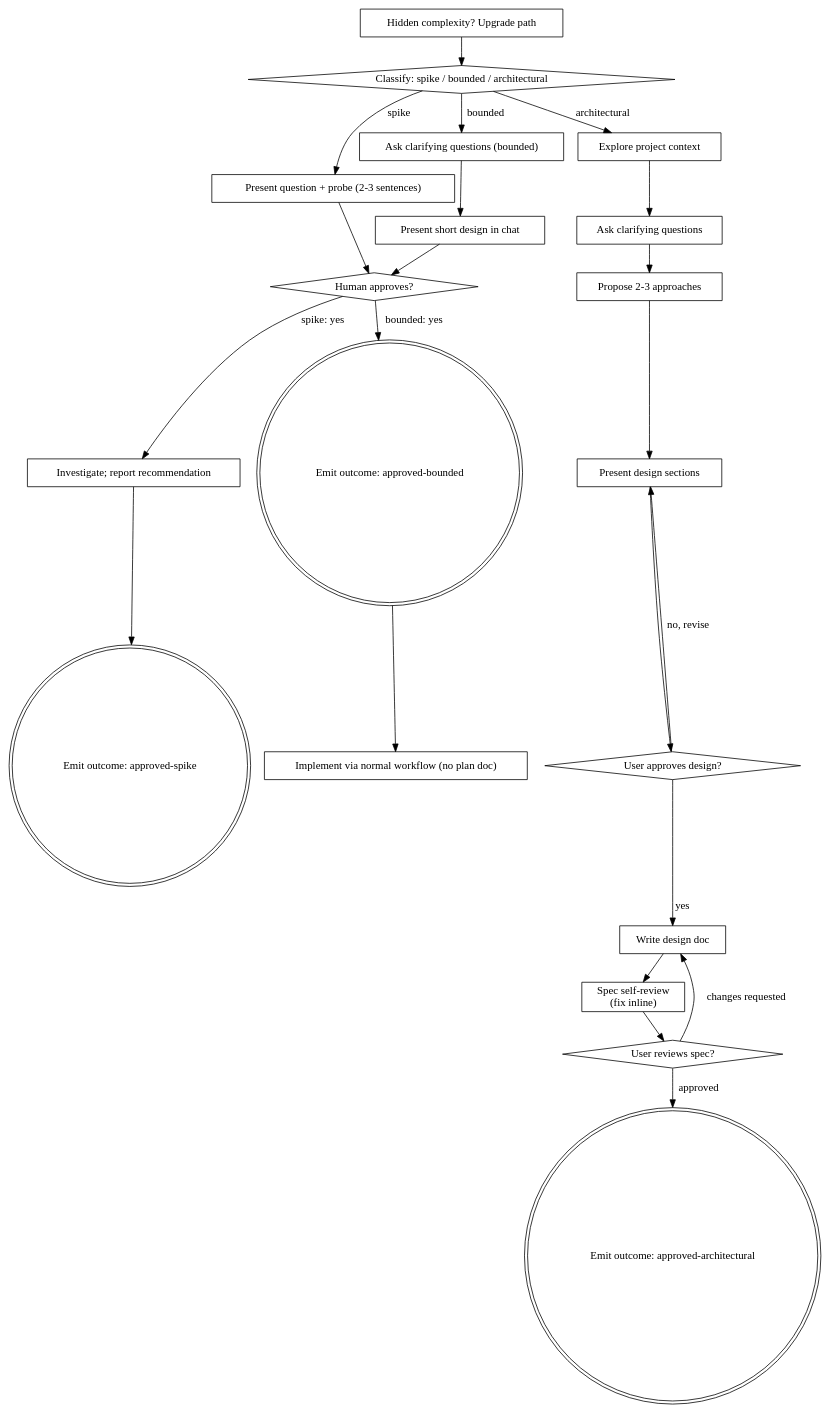
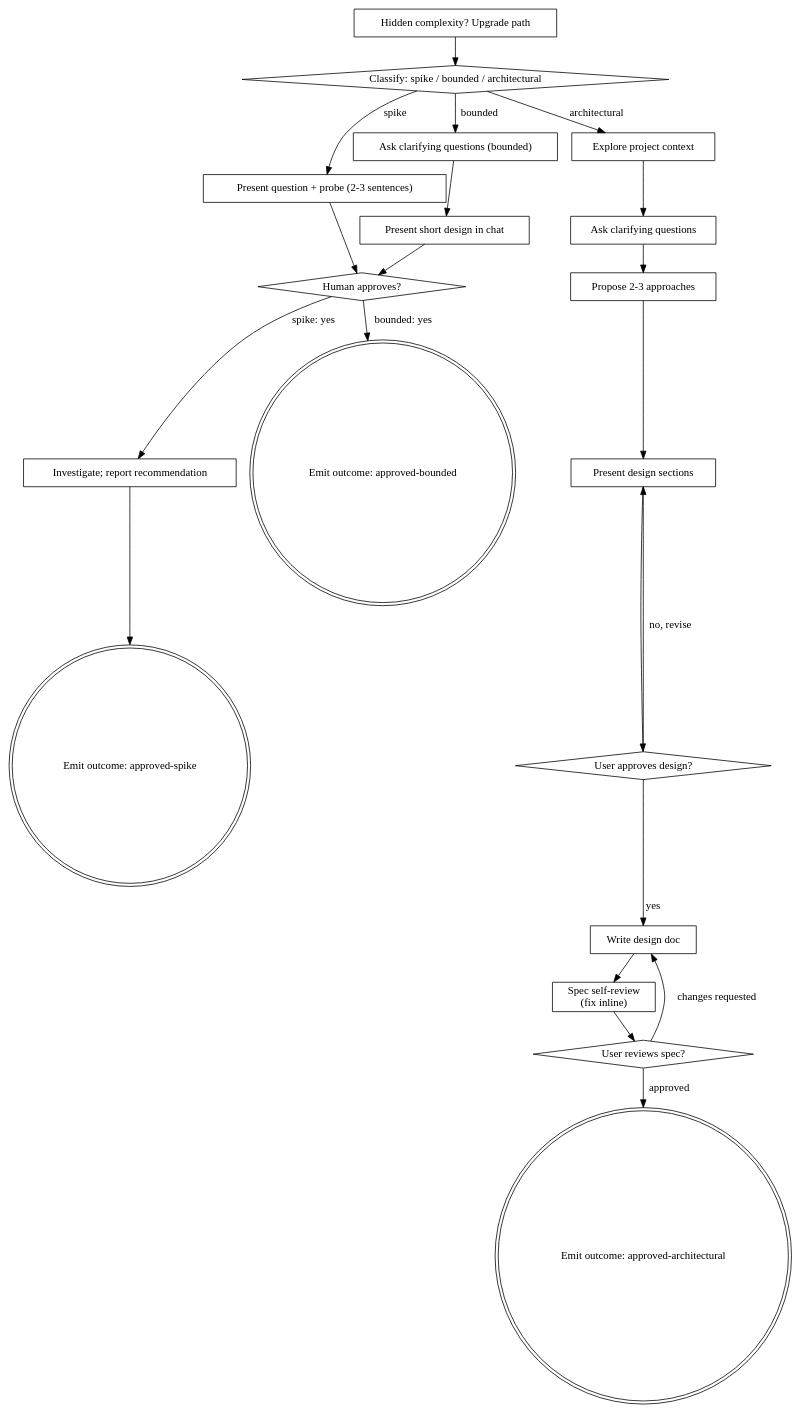
One commit to jamesthomasonjr/superpowers changed the diagram in skills/brainstorming/SKILL.md. Above: the diagram before and after it, drawn with Graphviz. The commit also changed other lines of this file, not shown here.

First line of the commit message:
fix(brainstorming): end bounded path at outcome for workflow map

````diff
--- a/skills/brainstorming/SKILL.md
+++ b/skills/brainstorming/SKILL.md
@@ -122,45 +121,43 @@
 ```dot
 digraph brainstorming {
     "Classify: spike / bounded / architectural" [shape=diamond];
     "Present question + probe (2-3 sentences)" [shape=box];
     "Ask clarifying questions (bounded)" [shape=box];
     "Present short design in chat" [shape=box];
     "Human approves?" [shape=diamond];
     "Investigate; report recommendation" [shape=box];
     "Emit outcome: approved-spike" [shape=doublecircle];
     "Emit outcome: approved-bounded" [shape=doublecircle];
-    "Implement via normal workflow (no plan doc)" [shape=box];
     "Explore project context" [shape=box];
     "Ask clarifying questions" [shape=box];
     "Propose 2-3 approaches" [shape=box];
     "Present design sections" [shape=box];
     "User approves design?" [shape=diamond];
     "Write design doc" [shape=box];
     "Spec self-review\n(fix inline)" [shape=box];
     "User reviews spec?" [shape=diamond];
     "Emit outcome: approved-architectural" [shape=doublecircle];
     "Hidden complexity? Upgrade path" [shape=box];
 
     "Classify: spike / bounded / architectural" -> "Present question + probe (2-3 sentences)" [label="spike"];
     "Classify: spike / bounded / architectural" -> "Ask clarifying questions (bounded)" [label="bounded"];
     "Classify: spike / bounded / architectural" -> "Explore project context" [label="architectural"];
     "Present question + probe (2-3 sentences)" -> "Human approves?";
     "Ask clarifying questions (bounded)" -> "Present short design in chat";
     "Present short design in chat" -> "Human approves?";
     "Human approves?" -> "Investigate; report recommendation" [label="spike: yes"];
     "Investigate; report recommendation" -> "Emit outcome: approved-spike";
     "Human approves?" -> "Emit outcome: approved-bounded" [label="bounded: yes"];
-    "Emit outcome: approved-bounded" -> "Implement via normal workflow (no plan doc)";
     "Hidden complexity? Upgrade path" -> "Classify: spike / bounded / architectural";
     "Explore project context" -> "Ask clarifying questions";
     "Ask clarifying questions" -> "Propose 2-3 approaches";
     "Propose 2-3 approaches" -> "Present design sections";
     "Present design sections" -> "User approves design?";
     "User approves design?" -> "Present design sections" [label="no, revise"];
     "User approves design?" -> "Write design doc" [label="yes"];
     "Write design doc" -> "Spec self-review\n(fix inline)";
     "Spec self-review\n(fix inline)" -> "User reviews spec?";
     "User reviews spec?" -> "Write design doc" [label="changes requested"];
     "User reviews spec?" -> "Emit outcome: approved-architectural" [label="approved"];
 }
 ```
````
